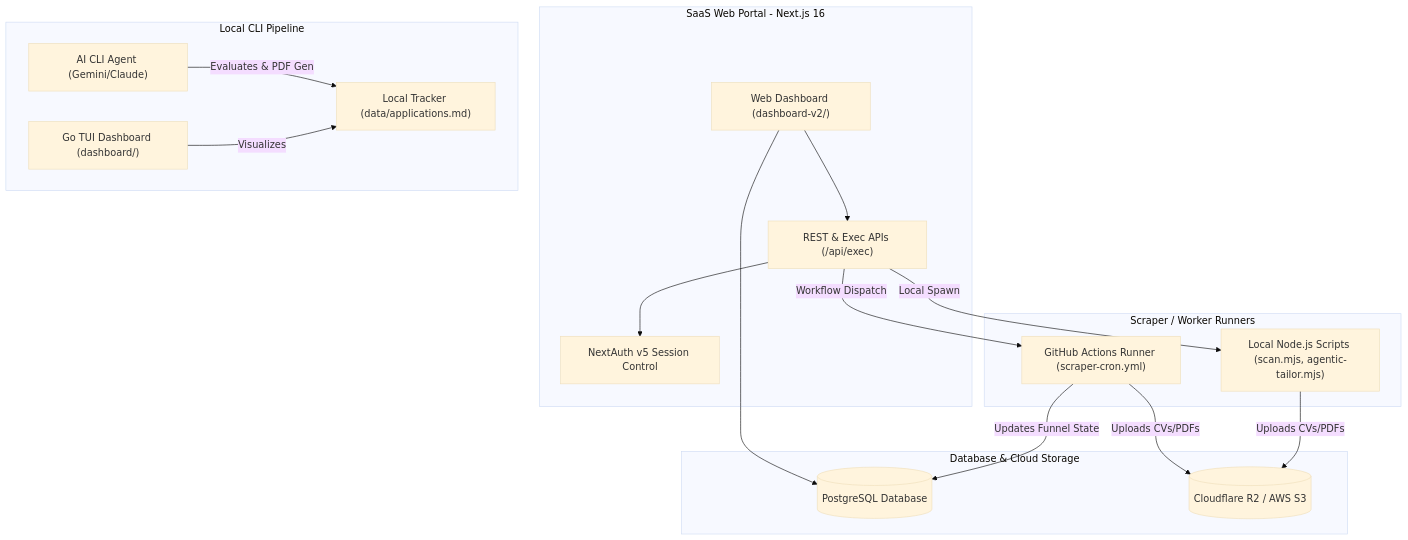
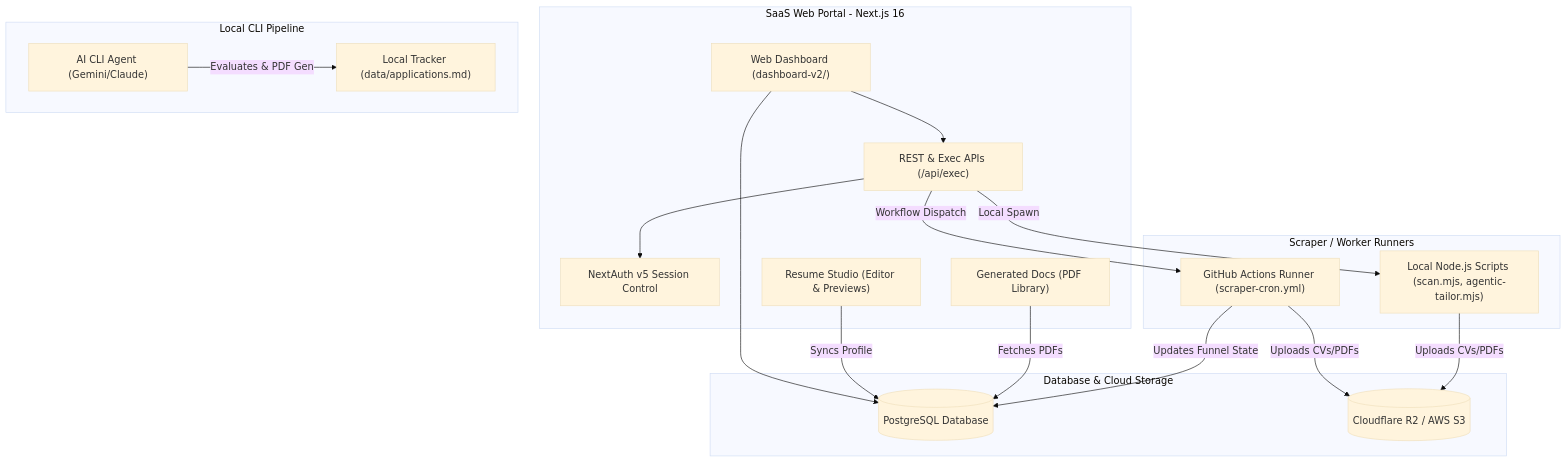
The diagram in README.md (UGilfoyle/career-ops), drawn with Mermaid (base theme) before and after one commit. The commit also changed other lines of this file and 29 other files, not shown here.

Commit message:
chore: clean up legacy dashboards, ignore local user documents, and update system architecture in README

````diff
--- a/README.md
+++ b/README.md
@@ -24,44 +24,46 @@
 ```mermaid
 graph TD
     %% SaaS Layer
     subgraph SaaS_Layer [SaaS Web Portal - Next.js 16]
         WebDash["Web Dashboard (dashboard-v2/)"]
         API["REST & Exec APIs (/api/exec)"]
         Auth["NextAuth v5 Session Control"]
+        ResumeStudio["Resume Studio (Editor & Previews)"]
+        GeneratedDocs["Generated Docs (PDF Library)"]
     end
 
     %% Storage & Database
     subgraph Storage [Database & Cloud Storage]
         DB[(PostgreSQL Database)]
         R2[(Cloudflare R2 / AWS S3)]
     end
 
     %% CLI / Local Layer
     subgraph Local_Pipeline [Local CLI Pipeline]
         CLI["AI CLI Agent (Gemini/Claude)"]
-        TUI["Go TUI Dashboard (dashboard/)"]
         LocalData["Local Tracker (data/applications.md)"]
     end
 
     %% Execution Runner (GitHub Actions / Local)
     subgraph Runner_Infrastructure [Scraper / Worker Runners]
         GH_Actions["GitHub Actions Runner (scraper-cron.yml)"]
         NodeWorker["Local Node.js Scripts (scan.mjs, agentic-tailor.mjs)"]
     end
 
     %% Interactions
     WebDash --> API
     API --> Auth
     WebDash --> DB
     API -->|Workflow Dispatch| GH_Actions
     API -->|Local Spawn| NodeWorker
+    ResumeStudio -->|Syncs Profile| DB
+    GeneratedDocs -->|Fetches PDFs| DB
     
     %% Storage Connections
     GH_Actions -->|Uploads CVs/PDFs| R2
     NodeWorker -->|Uploads CVs/PDFs| R2
     GH_Actions -->|Updates Funnel State| DB
     
     %% Local Interfacing
     CLI -->|Evaluates & PDF Gen| LocalData
-    TUI -->|Visualizes| LocalData
 ```
````
